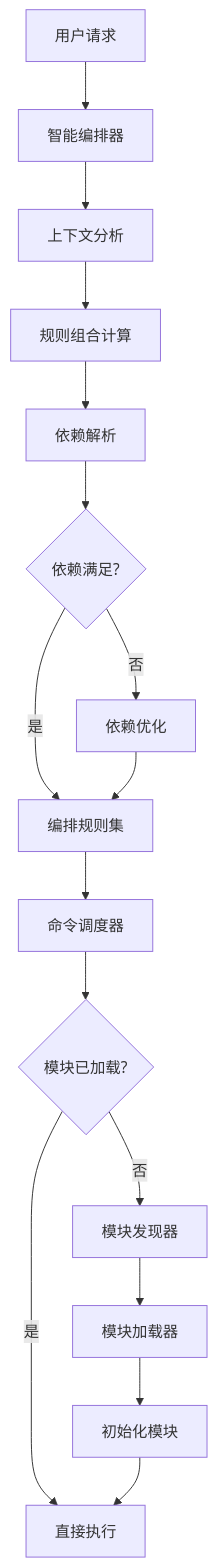
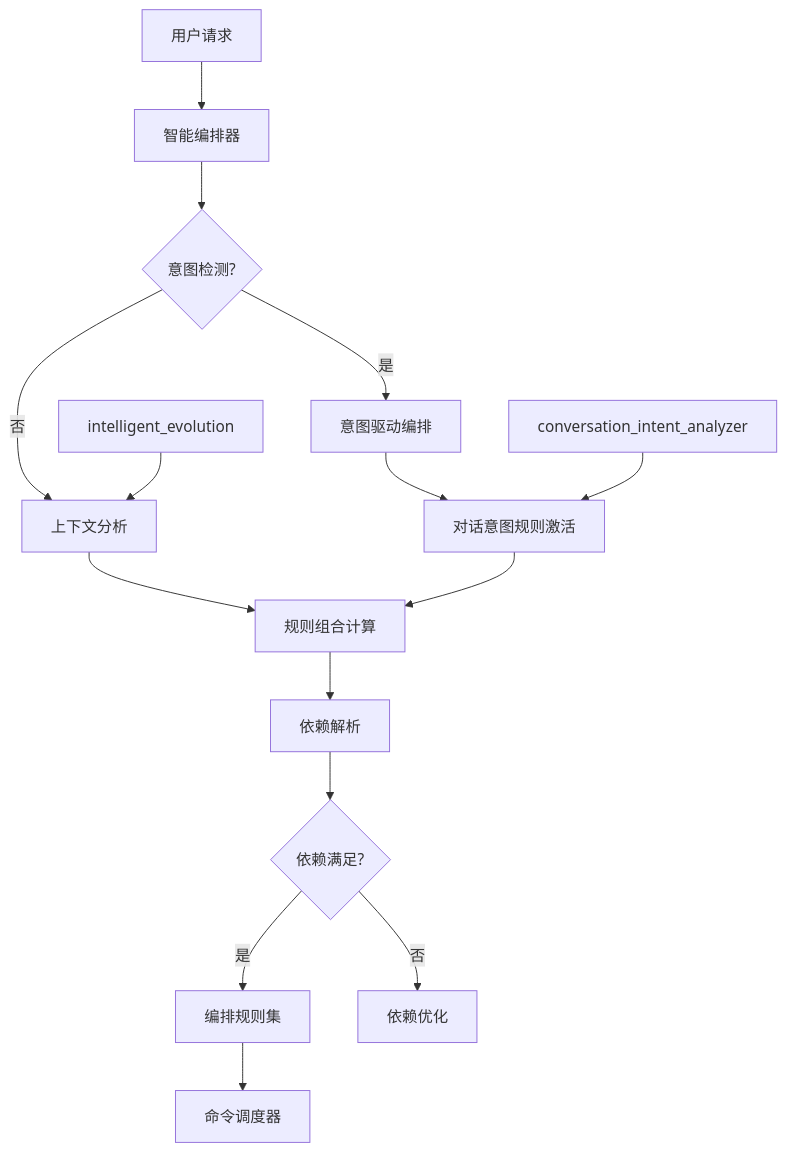
Before and after one commit to wangqiqi/cursor-ai-rules: the first of 2 diagrams in .cursor/rules/module_manager/RULE.md, drawn with Mermaid. The commit also changed other lines of this file and 6 other files, not shown here.

````diff
--- a/.cursor/rules/module_manager/RULE.md
+++ b/.cursor/rules/module_manager/RULE.md
@@ -41,18 +44,18 @@
 ```mermaid
 graph TD
     A[用户请求] --> B[智能编排器]
-    B --> C[上下文分析]
-    C --> D[规则组合计算]
-    D --> E[依赖解析]
-    E --> F{依赖满足?}
-    F -->|是| G[编排规则集]
-    F -->|否| H[依赖优化]
-    G --> I[命令调度器]
-    H --> G
-    I --> J{模块已加载?}
-    J -->|是| K[直接执行]
-    J -->|否| L[模块发现器]
-    L --> M[模块加载器]
-    M --> N[初始化模块]
-    N --> K
+    B --> C{意图检测?}
+    C -->|是| D[意图驱动编排]
+    C -->|否| E[上下文分析]
+    D --> F[对话意图规则激活]
+    E --> G[规则组合计算]
+    F --> G
+    G --> H[依赖解析]
+    H --> I{依赖满足?}
+    I -->|是| J[编排规则集]
+    I -->|否| K[依赖优化]
+    J --> L[命令调度器]
+
+    M[conversation_intent_analyzer] --> F
+    N[intelligent_evolution] --> E
 ```
````
